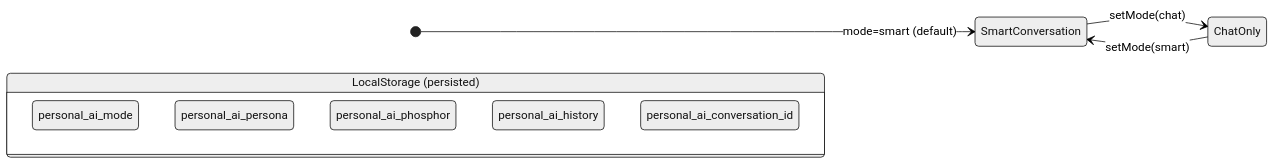
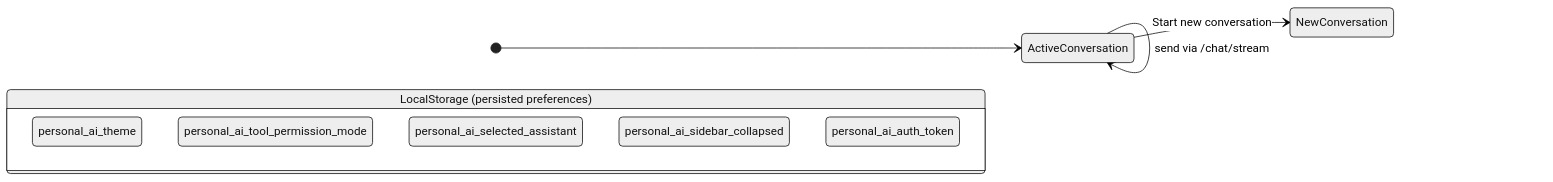
Diagram 11 of 12 in docs/architecture.md (sreeram843/personal-ai), drawn with Mermaid (neutral theme) before and after one commit. The commit also changed other lines of this file and 52 other files, not shown here.

First line of the commit message:
Add nearby places live data and fix smart chat routing.

````diff
--- a/docs/architecture.md
+++ b/docs/architecture.md
@@ -325,15 +364,15 @@
 ```mermaid
 stateDiagram-v2
     direction LR
-    [*] --> SmartConversation : mode=smart (default)
-    SmartConversation --> ChatOnly : setMode(chat)
-    ChatOnly --> SmartConversation : setMode(smart)
+    [*] --> ActiveConversation
+    ActiveConversation --> ActiveConversation : send via /chat/stream
+    ActiveConversation --> NewConversation : Start new conversation
 
-    state "LocalStorage (persisted)" as LS {
-        personal_ai_mode
-        personal_ai_persona
-        personal_ai_phosphor
-        personal_ai_history
-        personal_ai_conversation_id
+    state "LocalStorage (persisted preferences)" as LS {
+        personal_ai_theme
+        personal_ai_tool_permission_mode
+        personal_ai_selected_assistant
+        personal_ai_sidebar_collapsed
+        personal_ai_auth_token
     }
 ```
````
